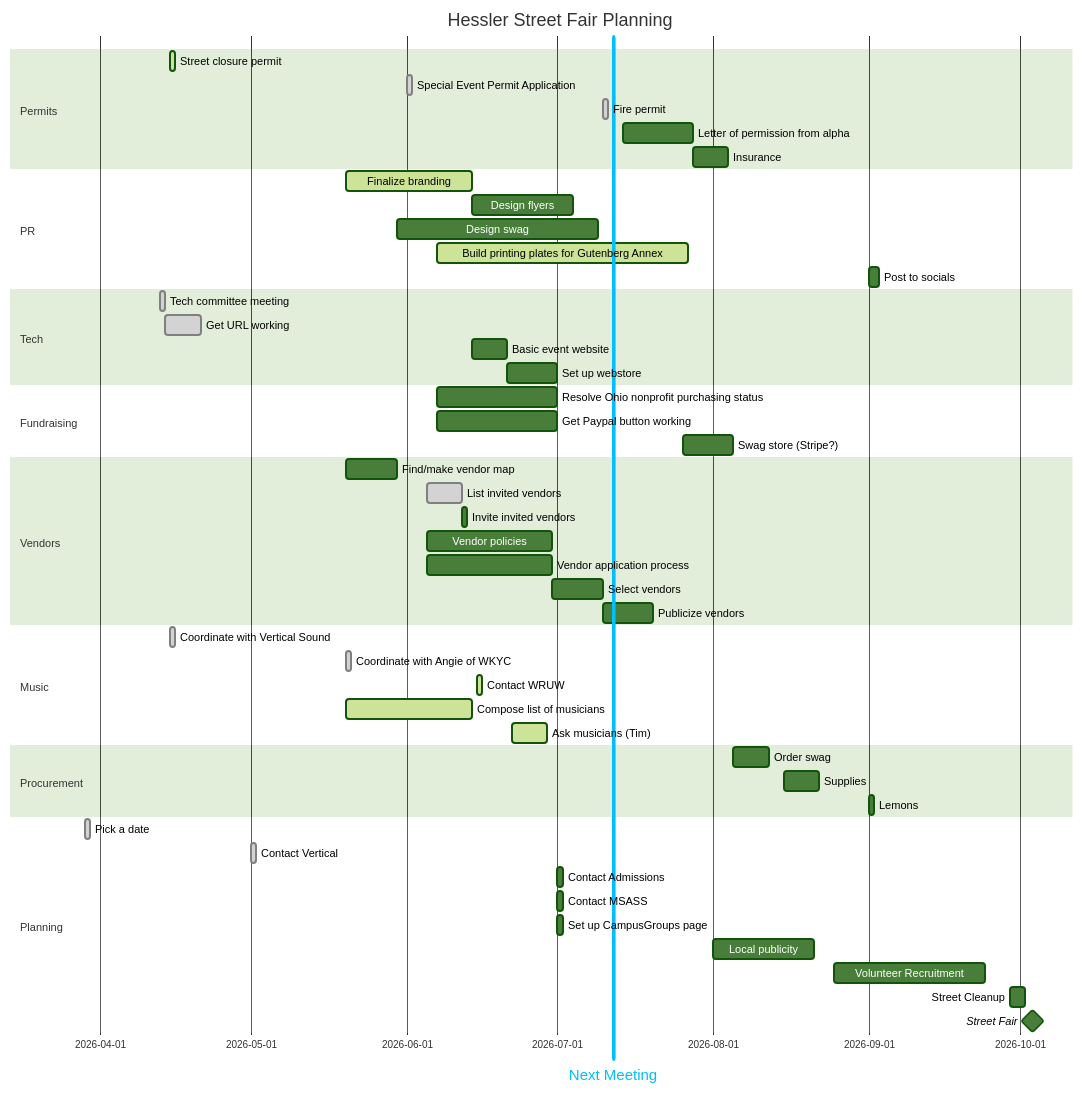
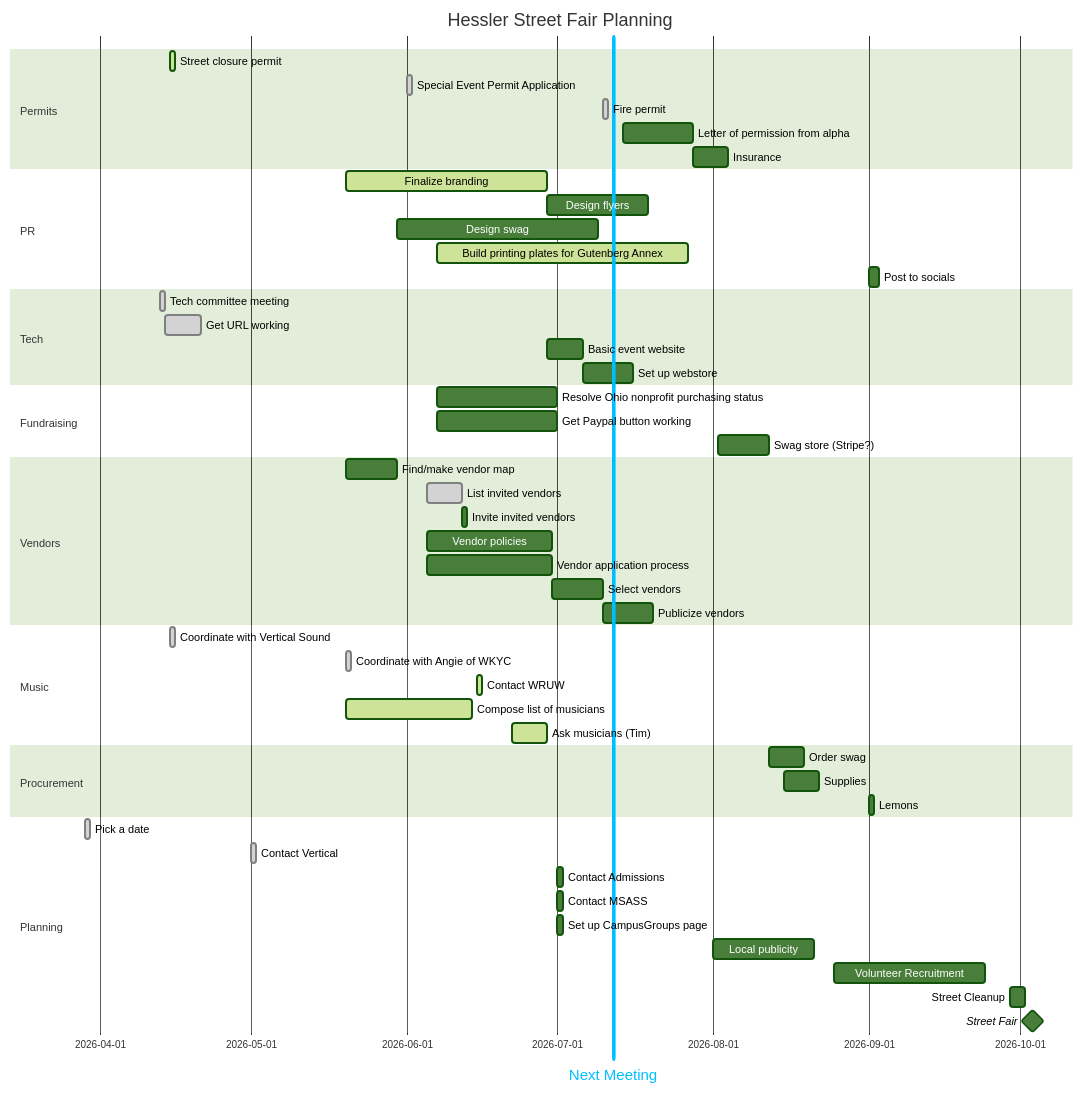
One commit to KCollins/KCollins.github.io changed the first of 2 diagrams in files/fairplan.md. Above: the diagram before and after it, drawn with Mermaid.

````diff
--- a/files/fairplan.md
+++ b/files/fairplan.md
@@ -1,59 +1,59 @@
 ```mermaid
 %%{init: {'theme': 'forest'}}%%
 gantt
     title  Hessler Street Fair Planning
     dateFormat YYYY-MM-DD
     section Permits
             Street closure permit    :active, streetpermit, 2026-04-15, 1d
             Special Event Permit Application    :done, eventpermit, 2026-06-01, 1d
             Fire permit    :done, firepermit, after vendorselect eventpermit, 1d
             Letter of permission from alpha: alphaletter, 2026-07-14, 14d
             Insurance: insurance, after alphaletter, 7d
 
     section PR
-            Finalize branding :active, brand, 2026-05-20, 25d
+            Finalize branding :active, brand, 2026-05-20, 40d
             %% Reminder: get binder back from Zoe!
             Design flyers : flyers, after brand, 20d
             Design swag    : designswag, 2026-05-30, 40d
             Build printing plates for Gutenberg Annex: active, 3dplates, 2026-06-07, 50d
             Post to socials: socials, 2026-09-01, 2d
     section Tech
             Tech committee meeting: done, techmeet, 2026-04-13, 1d
             Get URL working:done, url, after techmeet, 7d
             Basic event website: basicsite, after brand, 7d
             Set up webstore: webstore, after basicsite, 10d
     section Fundraising
             Resolve Ohio nonprofit purchasing status: nonprofitstatus, 2026-06-07, 24d
             Get Paypal button working: paypal, 2026-06-07, 24d
             Swag store (Stripe?)    :swagstore, after designswag webstore swag, 10d
     section Vendors
             Find/make vendor map: vendormap, 2026-05-20, 10d
             List invited vendors: done, invitelist, 2026-06-05, 7d
             Invite invited vendors: invite, after invitelist eventpermit, 1d
             Vendor policies: policy, 2026-06-05, 25d
             Vendor application process: vendorapp, 2026-06-05, 25d
             Select vendors: vendorselect, after invitelist vendorapp, 10d
             Publicize vendors: vendor-announce, after vendorselect, 10d
     section Music
             Coordinate with Vertical Sound    :done, vertical, 2026-04-15, 1d
             Coordinate with Angie of WKYC    : done, wkyc, 2026-05-20, 1d
             Contact WRUW:active,  wruw, 2026-06-15, 1d
             Compose list of musicians: active, musiclist, 2026-05-20, 25d
             Ask musicians (Tim): active, timask, 2026-06-22, 7d
     section Procurement
             Order swag:   swag, after swagstore, 7d
             Supplies: supplies, 2026-08-15, 7d
             Lemons: lemons, 2026-09-01, 1d
     section Planning
             Pick a date :done, pick, 2026-03-29, 1d
             Next Meeting :vert, v1, 2026-07-12, 0d
             Contact Vertical: done, vertical, 2026-05-01, 1d
             Contact Admissions: admissions, 2026-07-01, 1d
             Contact MSASS: msass, 2026-07-01, 1d
             Set up CampusGroups page: campusgroups, 2026-07-01, 1d
             Local publicity: publicize, 2026-08-01, 20d
             Volunteer Recruitment: recruit, 2026-08-25, 30d
             Street Cleanup: cleanup, 2026-09-29, 3d
             Street Fair        :milestone, streetfair, 2026-10-03, 1d
 
 ```
````
